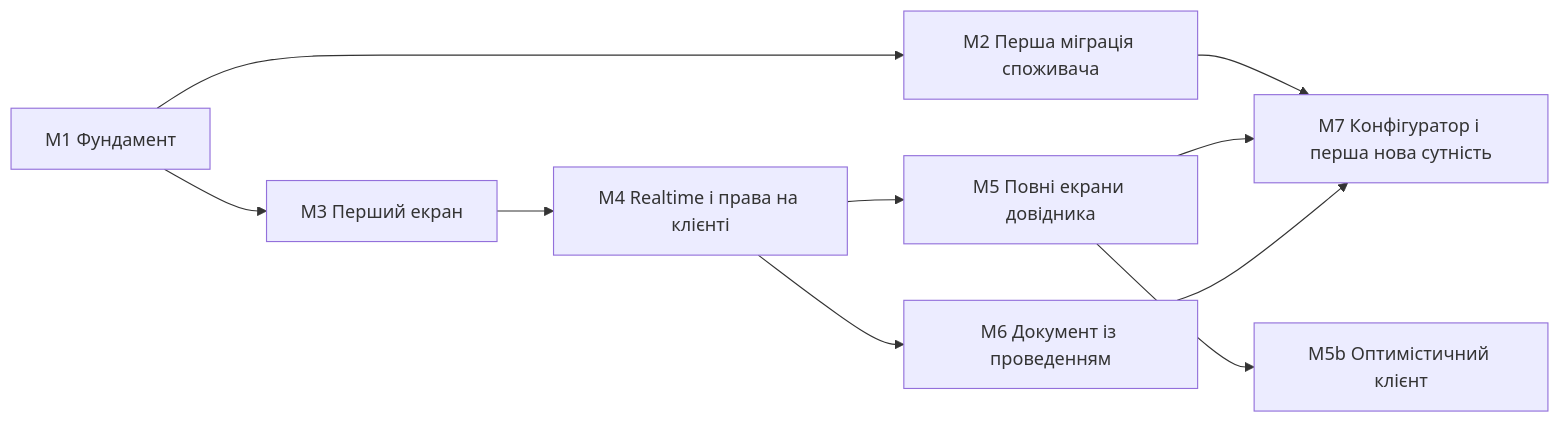
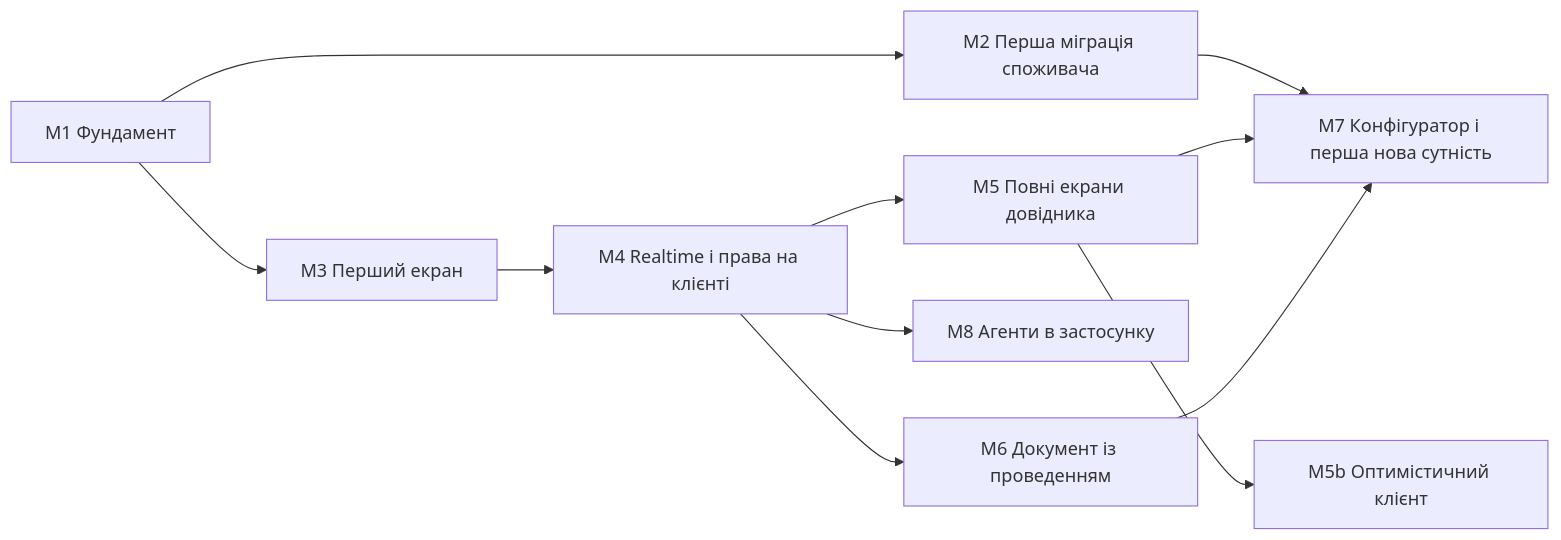
One commit to VSydorenko/Simetra changed the diagram in docs/ROADMAP.md. Above: the diagram before and after it, drawn with Mermaid. The commit also changed other lines of this file and 1 other file, not shown here.

Commit message:
docs(roadmap): віха М8 «Агенти в застосунку»; спека П4-F — issue #393, код munin-mcp під Apache-2.0 (#149)

````diff
--- a/docs/ROADMAP.md
+++ b/docs/ROADMAP.md
@@ -12,12 +12,13 @@
 ```mermaid
 flowchart LR
   M1[М1 Фундамент] --> M2[М2 Перша міграція споживача]
   M1 --> M3[М3 Перший екран]
   M3 --> M4[М4 Realtime і права на клієнті]
   M4 --> M5[М5 Повні екрани довідника]
   M5 --> M5b[М5b Оптимістичний клієнт]
+  M4 --> M8[М8 Агенти в застосунку]
   M4 --> M6[М6 Документ із проведенням]
   M2 --> M7[М7 Конфігуратор і перша нова сутність]
   M5 --> M7
   M6 --> M7
 ```
````
